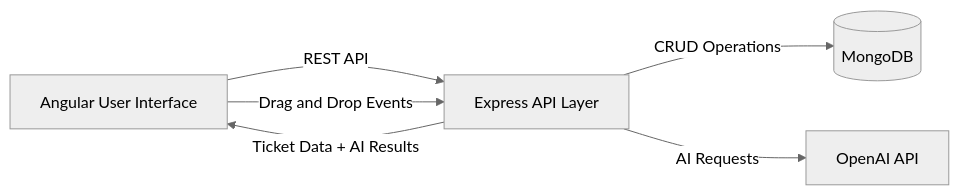
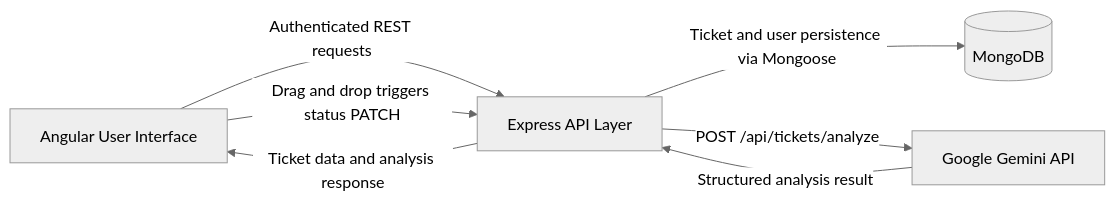
Before and after one commit to OviyaRangasamy/TMS: the diagram in docs/diagrams/system-architecture.md, drawn with Mermaid (neutral theme). The commit also changed other lines of this file and 14 other files, not shown here.

Commit message:
Complete AI ticket analysis and update documentation

````diff
--- a/docs/diagrams/system-architecture.md
+++ b/docs/diagrams/system-architecture.md
@@ -3,8 +3,9 @@
 ```mermaid
 flowchart LR
-    U[Angular User Interface] -->|REST API| B[Express API Layer]
-    B -->|CRUD Operations| D[(MongoDB)]
-    B -->|AI Requests| A[OpenAI API]
-    U -->|Drag and Drop Events| B
-    B -->|Ticket Data + AI Results| U
+    U[Angular User Interface] -->|Authenticated REST requests| B[Express API Layer]
+    B -->|Ticket and user persistence via Mongoose| D[(MongoDB)]
+    B -->|POST /api/tickets/analyze| G[Google Gemini API]
+    G -->|Structured analysis result| B
+    B -->|Ticket data and analysis response| U
+    U -->|Drag and drop triggers status PATCH| B
 ```
````
